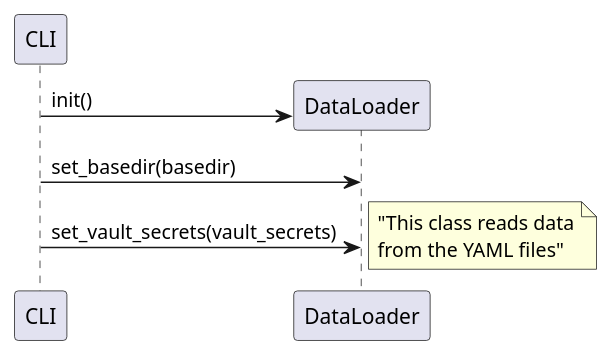
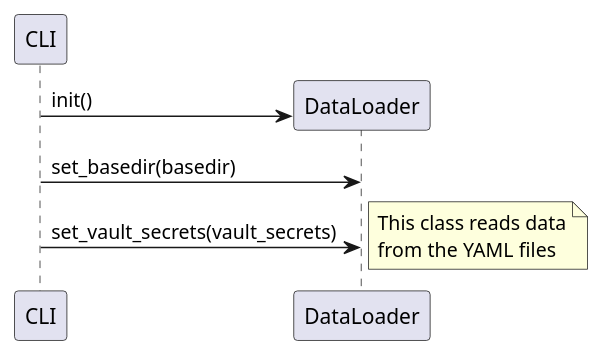
Before and after one commit to ezequiels/nazz: the diagram in project/uml/CLI_Configuration/DataLoader.puml, drawn with PlantUML. The commit also changed 2 other files, not shown here.

Commit message:
Diagram updates.

```diff
--- a/project/uml/CLI_Configuration/DataLoader.puml
+++ b/project/uml/CLI_Configuration/DataLoader.puml
@@ -1,12 +1,12 @@
 @startuml
 participant CLI
 create DataLoader
 CLI -> DataLoader: init()
 CLI -> DataLoader: set_basedir(basedir)
 CLI -> DataLoader: set_vault_secrets(vault_secrets)
 
 note right
-     "This class reads data
-     from the YAML files"
+     This class reads data
+     from the YAML files
 end note
 @enduml
```
